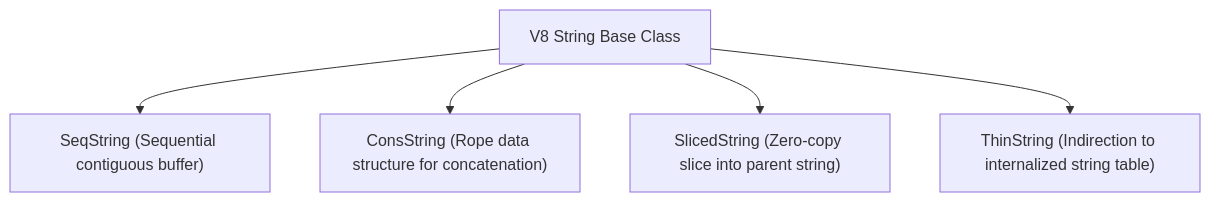
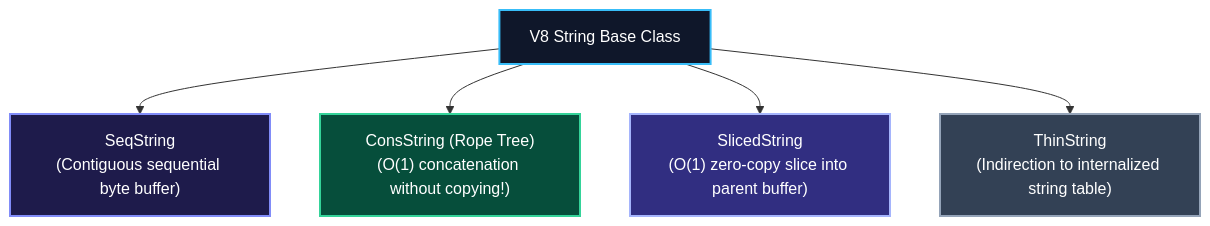
Before and after one commit to 1345AbhishekKumar/cs-cookbook: diagram 14 of 14 in content/docs/dsa/01-foundations-and-linear-structures/03-strings-and-string-manipulation.mdx, drawn with Mermaid. The commit also changed other lines of this file and 211 other files, not shown here.

`````diff
--- a/content/docs/dsa/01-foundations-and-linear-structures/03-strings-and-string-manipulation.mdx
+++ b/content/docs/dsa/01-foundations-and-linear-structures/03-strings-and-string-manipulation.mdx
@@ -395,13 +1022,19 @@
 ```mermaid
 flowchart TD
     String["V8 String Base Class"]
-    SeqString["SeqString (Sequential contiguous buffer)"]
-    ConsString["ConsString (Rope data structure for concatenation)"]
-    SlicedString["SlicedString (Zero-copy slice into parent string)"]
-    ThinString["ThinString (Indirection to internalized string table)"]
+    SeqString["SeqString<br/>(Contiguous sequential byte buffer)"]
+    ConsString["ConsString (Rope Tree)<br/>(O(1) concatenation without copying!)"]
+    SlicedString["SlicedString<br/>(O(1) zero-copy slice into parent buffer)"]
+    ThinString["ThinString<br/>(Indirection to internalized string table)"]
 
     String --> SeqString
     String --> ConsString
     String --> SlicedString
     String --> ThinString
+
+    style String fill:#0f172a,stroke:#38bdf8,stroke-width:2px,color:#fff
+    style SeqString fill:#1e1b4b,stroke:#818cf8,stroke-width:2px,color:#fff
+    style ConsString fill:#064e3b,stroke:#34d399,stroke-width:2px,color:#fff
+    style SlicedString fill:#312e81,stroke:#a5b4fc,stroke-width:2px,color:#fff
+    style ThinString fill:#334155,stroke:#94a3b8,stroke-width:2px,color:#fff
 ````
`````
